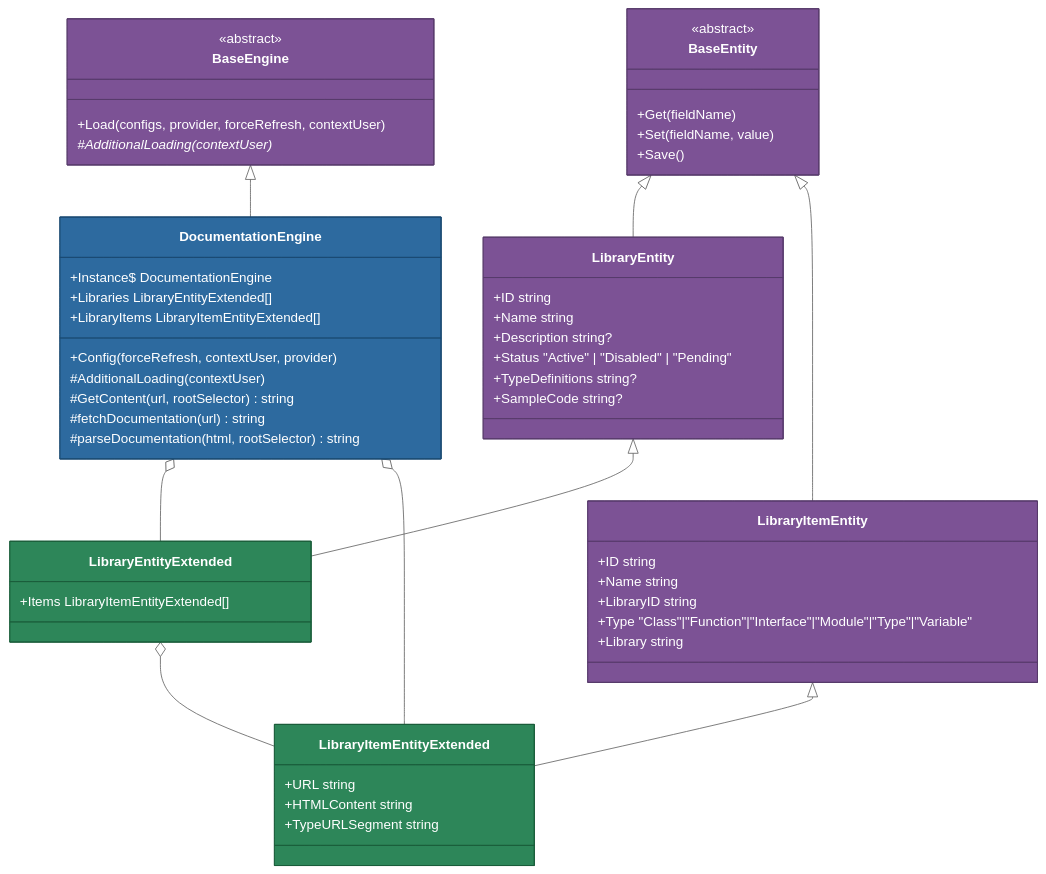
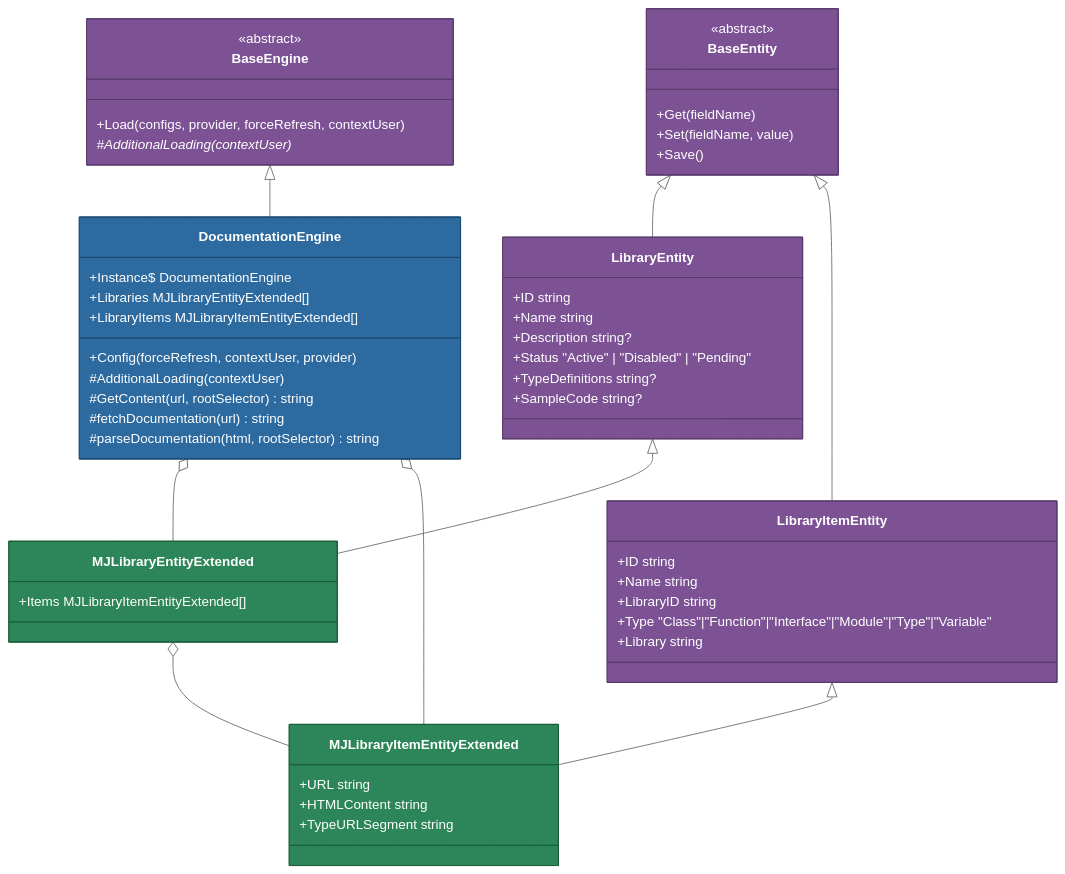
Before and after one commit to MemberJunction/MJ: the third of 4 diagrams in packages/DocUtils/README.md, drawn with Mermaid (neutral theme). The commit also changed other lines of this file and 246 other files, not shown here.

````diff
--- a/packages/DocUtils/README.md
+++ b/packages/DocUtils/README.md
@@ -99,70 +99,70 @@
 ```mermaid
 classDiagram
     class BaseEngine {
         <<abstract>>
         +Load(configs, provider, forceRefresh, contextUser)
         #AdditionalLoading(contextUser)*
     }
 
     class DocumentationEngine {
         +Instance$ DocumentationEngine
-        +Libraries LibraryEntityExtended[]
-        +LibraryItems LibraryItemEntityExtended[]
+        +Libraries MJLibraryEntityExtended[]
+        +LibraryItems MJLibraryItemEntityExtended[]
         +Config(forceRefresh, contextUser, provider)
         #AdditionalLoading(contextUser)
         #GetContent(url, rootSelector) string
         #fetchDocumentation(url) string
         #parseDocumentation(html, rootSelector) string
     }
 
     class BaseEntity {
         <<abstract>>
         +Get(fieldName)
         +Set(fieldName, value)
         +Save()
     }
 
     class LibraryEntity {
         +ID string
         +Name string
         +Description string?
         +Status "Active" | "Disabled" | "Pending"
         +TypeDefinitions string?
         +SampleCode string?
     }
 
-    class LibraryEntityExtended {
-        +Items LibraryItemEntityExtended[]
+    class MJLibraryEntityExtended {
+        +Items MJLibraryItemEntityExtended[]
     }
 
     class LibraryItemEntity {
         +ID string
         +Name string
         +LibraryID string
         +Type "Class"|"Function"|"Interface"|"Module"|"Type"|"Variable"
         +Library string
     }
 
-    class LibraryItemEntityExtended {
+    class MJLibraryItemEntityExtended {
         +URL string
         +HTMLContent string
         +TypeURLSegment string
     }
 
     BaseEngine <|-- DocumentationEngine
     BaseEntity <|-- LibraryEntity
     BaseEntity <|-- LibraryItemEntity
-    LibraryEntity <|-- LibraryEntityExtended
-    LibraryItemEntity <|-- LibraryItemEntityExtended
-    DocumentationEngine o-- LibraryEntityExtended
-    DocumentationEngine o-- LibraryItemEntityExtended
-    LibraryEntityExtended o-- LibraryItemEntityExtended
+    LibraryEntity <|-- MJLibraryEntityExtended
+    LibraryItemEntity <|-- MJLibraryItemEntityExtended
+    DocumentationEngine o-- MJLibraryEntityExtended
+    DocumentationEngine o-- MJLibraryItemEntityExtended
+    MJLibraryEntityExtended o-- MJLibraryItemEntityExtended
 
     style DocumentationEngine fill:#2d6a9f,stroke:#1a4971,color:#fff
-    style LibraryEntityExtended fill:#2d8659,stroke:#1a5c3a,color:#fff
-    style LibraryItemEntityExtended fill:#2d8659,stroke:#1a5c3a,color:#fff
+    style MJLibraryEntityExtended fill:#2d8659,stroke:#1a5c3a,color:#fff
+    style MJLibraryItemEntityExtended fill:#2d8659,stroke:#1a5c3a,color:#fff
     style BaseEngine fill:#7c5295,stroke:#563a6b,color:#fff
     style BaseEntity fill:#7c5295,stroke:#563a6b,color:#fff
     style LibraryEntity fill:#7c5295,stroke:#563a6b,color:#fff
     style LibraryItemEntity fill:#7c5295,stroke:#563a6b,color:#fff
 ```
````
